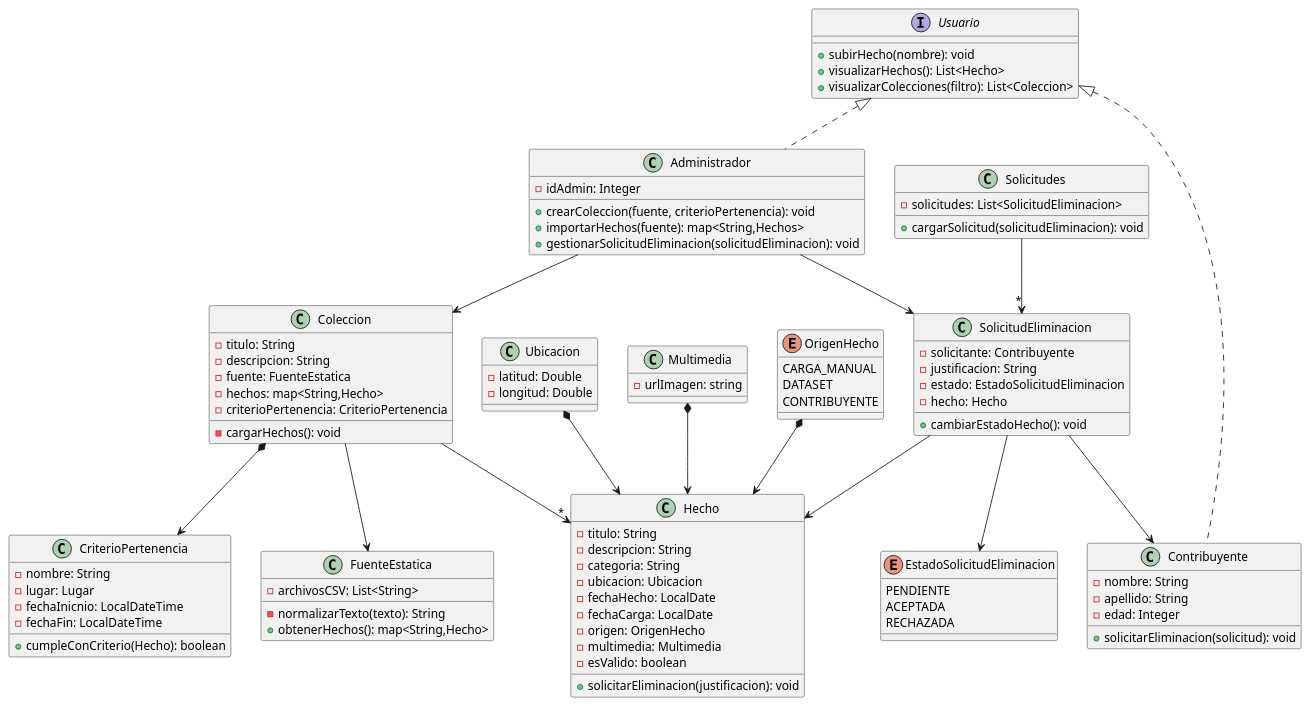
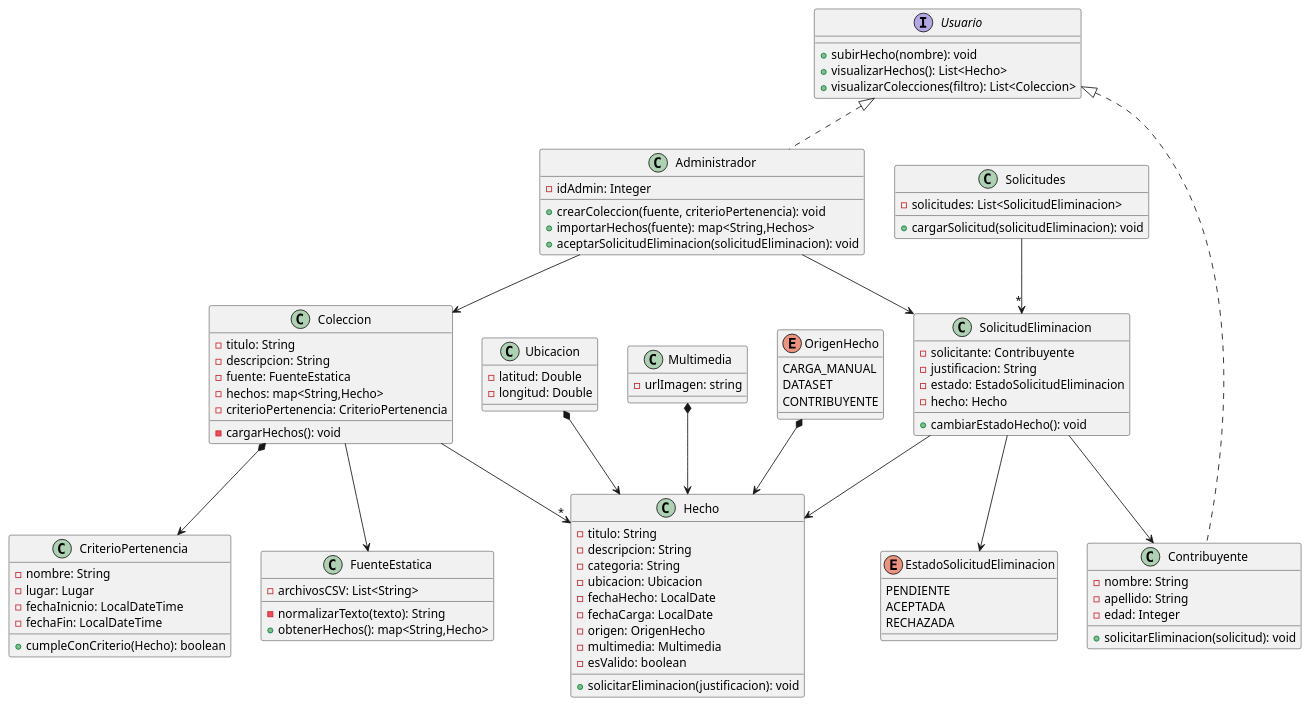
Before and after one commit to OslothLAS/ProyectoDeploy: the diagram in src/main/DiagramaDeClases.puml, drawn with PlantUML.

Commit message:
Update DiagramaDeClases.puml
cambie gestionarSolicitudEliminacion de la clase Administrador por aceptarSolicitudEliminacion

```diff
--- a/src/main/DiagramaDeClases.puml
+++ b/src/main/DiagramaDeClases.puml
@@ -1,121 +1,121 @@
 @startuml MetaMapa_Entrega1
 
 
 class Coleccion {
    - titulo: String
    - descripcion: String
    - fuente: FuenteEstatica
    - hechos: map<String,Hecho>
    - criterioPertenencia: CriterioPertenencia
    - cargarHechos(): void
  }
 
  class CriterioPertenencia {
    - nombre: String
    - lugar: Lugar
    - fechaInicnio: LocalDateTime
    - fechaFin: LocalDateTime
    + cumpleConCriterio(Hecho): boolean
  }
 
 
 
  class Ubicacion {
    -latitud: Double
    -longitud: Double
  }
 
   class SolicitudEliminacion{
     -solicitante: Contribuyente
     - justificacion: String
     - estado: EstadoSolicitudEliminacion
     - hecho: Hecho
     + cambiarEstadoHecho(): void
   }
 
   class Solicitudes{
   - solicitudes: List<SolicitudEliminacion>
     + cargarSolicitud(solicitudEliminacion): void
   }
 
    enum EstadoSolicitudEliminacion {
        PENDIENTE
        ACEPTADA
        RECHAZADA
      }
 
  class Hecho {
    - titulo: String
    - descripcion: String
    - categoria: String
    -ubicacion: Ubicacion
    - fechaHecho: LocalDate
    - fechaCarga: LocalDate
    - origen: OrigenHecho
    - multimedia: Multimedia
    - esValido: boolean
 
    + solicitarEliminacion(justificacion): void
     }
 
   class Multimedia{
     -urlImagen: string
 
   }
 
   interface Usuario{
      + subirHecho(nombre): void
      + visualizarHechos(): List<Hecho>
      + visualizarColecciones(filtro): List<Coleccion>
   }
 
   enum OrigenHecho {
     CARGA_MANUAL
     DATASET
     CONTRIBUYENTE
   }
 
 
   class FuenteEstatica{
     - archivosCSV: List<String>
     - normalizarTexto(texto): String
     + obtenerHechos(): map<String,Hecho>
   }
 
 
 
 class Contribuyente implements Usuario{
     - nombre: String
     - apellido: String
     - edad: Integer
    + solicitarEliminacion(solicitud): void
 }
 
 
   class Administrador implements Usuario{
     - idAdmin: Integer
     + crearColeccion(fuente, criterioPertenencia): void
     + importarHechos(fuente): map<String,Hechos>
-    + gestionarSolicitudEliminacion(solicitudEliminacion): void
+    +aceptarSolicitudEliminacion(solicitudEliminacion): void
   }
 
   Coleccion --> FuenteEstatica
   Coleccion -->"*" Hecho
   OrigenHecho *--> Hecho
   Ubicacion *--> Hecho
   Administrador --> Coleccion
   Administrador --> SolicitudEliminacion
   SolicitudEliminacion --> Hecho
   SolicitudEliminacion --> Contribuyente
   Solicitudes -->"*" SolicitudEliminacion
   SolicitudEliminacion --> EstadoSolicitudEliminacion
   Coleccion *--> CriterioPertenencia
   Multimedia *--> Hecho
 
 
 
 
 
 
 
 @enduml
```
